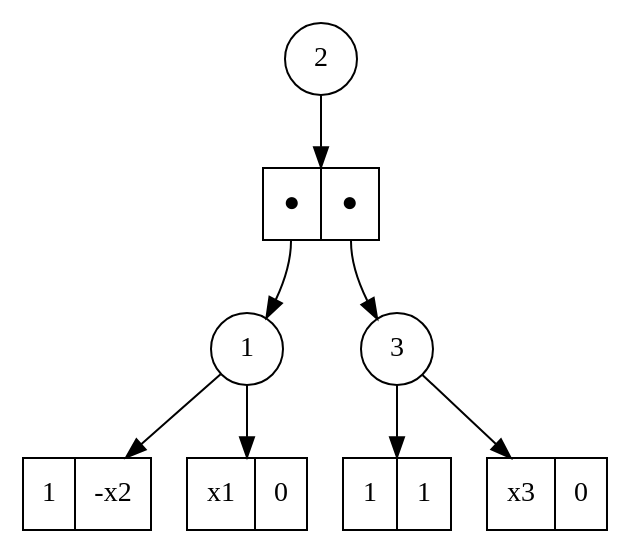
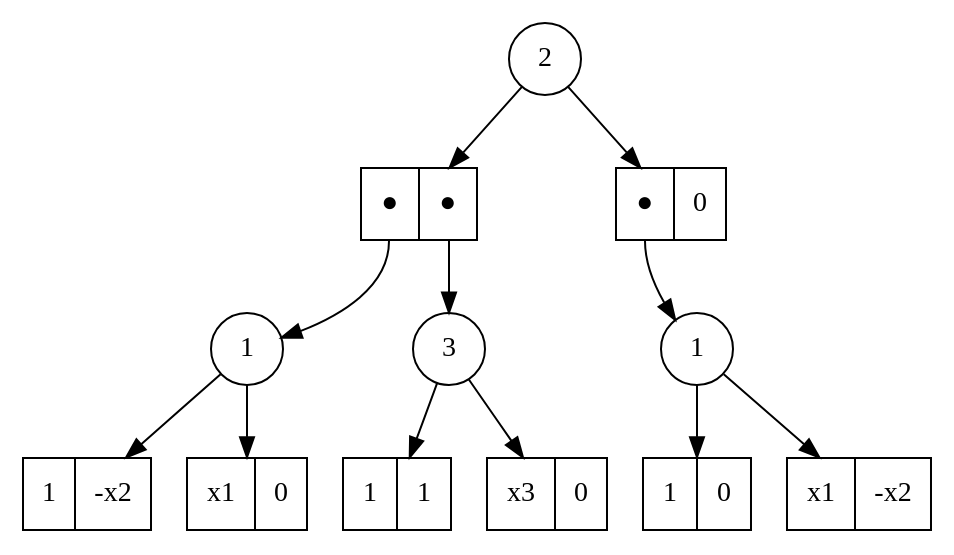
Before and after one commit to fangbq/SFDD: the diagram in dotG/test2/f=1⊕x2.dot, drawn with Graphviz. The commit also changed 35 other files, not shown here.

```diff
--- a/dotG/test2/f=1⊕x2.dot
+++ b/dotG/test2/f=1⊕x2.dot
@@ -1,17 +1,25 @@
 digraph G {
 	Dec_0_1 [shape=circle, label="2"]
-	Dec_0_1 -> Ele_1_11
-	Ele_1_11 [shape=record,label="<f0> ●|<f1> ●"]
-	Ele_1_11:f0 -> Dec_2_16
-	Dec_2_16 [shape=circle, label="1"]
-	Dec_2_16 -> Ele_3_29
-	Ele_3_29 [shape=record,label="<f0> 1|<f1> -x2"]
-	Dec_2_16 -> Ele_3_30
-	Ele_3_30 [shape=record,label="<f0> x1|<f1> 0"]
-	Ele_1_11:f1 -> Dec_2_17
-	Dec_2_17 [shape=circle, label="3"]
-	Dec_2_17 -> Ele_3_31
-	Ele_3_31 [shape=record,label="<f0> 1|<f1> 1"]
-	Dec_2_17 -> Ele_3_32
-	Ele_3_32 [shape=record,label="<f0> x3|<f1> 0"]
+	Dec_0_1 -> Ele_1_13
+	Ele_1_13 [shape=record,label="<f0> ●|<f1> ●"]
+	Ele_1_13:f0 -> Dec_2_19
+	Dec_2_19 [shape=circle, label="1"]
+	Dec_2_19 -> Ele_3_33
+	Ele_3_33 [shape=record,label="<f0> 1|<f1> -x2"]
+	Dec_2_19 -> Ele_3_34
+	Ele_3_34 [shape=record,label="<f0> x1|<f1> 0"]
+	Ele_1_13:f1 -> Dec_2_20
+	Dec_2_20 [shape=circle, label="3"]
+	Dec_2_20 -> Ele_3_35
+	Ele_3_35 [shape=record,label="<f0> 1|<f1> 1"]
+	Dec_2_20 -> Ele_3_36
+	Ele_3_36 [shape=record,label="<f0> x3|<f1> 0"]
+	Dec_0_1 -> Ele_1_14
+	Ele_1_14 [shape=record,label="<f0> ●|<f1> 0"]
+	Ele_1_14:f0 -> Dec_2_21
+	Dec_2_21 [shape=circle, label="1"]
+	Dec_2_21 -> Ele_3_37
+	Ele_3_37 [shape=record,label="<f0> 1|<f1> 0"]
+	Dec_2_21 -> Ele_3_38
+	Ele_3_38 [shape=record,label="<f0> x1|<f1> -x2"]
 }
```
